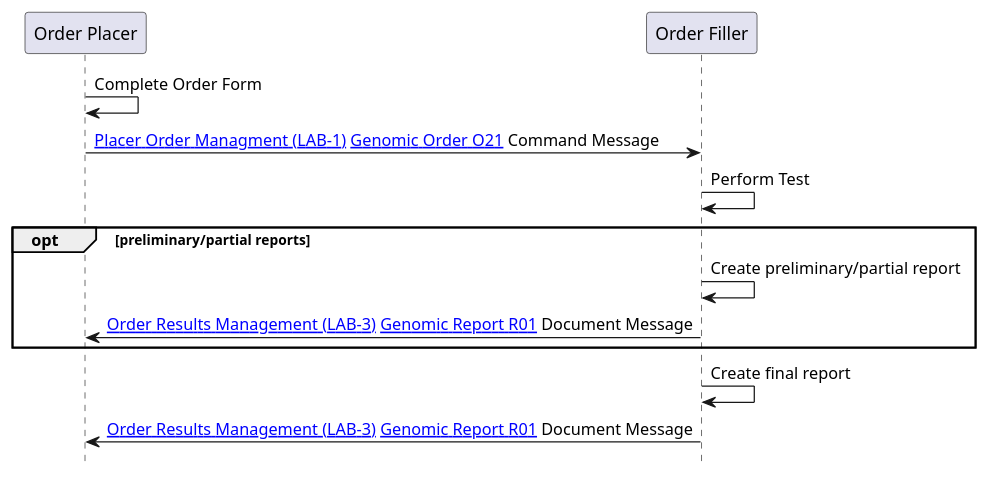
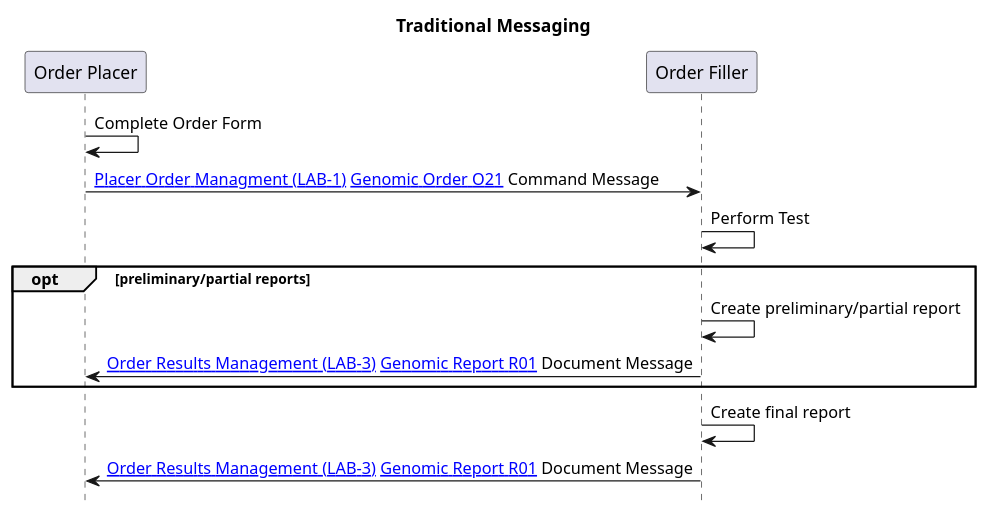
The diagram in input/images-source/LTW-now-sequence.plantuml (nw-gmsa/nw-gmsa.github.com), drawn with PlantUML before and after one commit. The commit also changed 4 other files, not shown here.

```diff
--- a/input/images-source/LTW-now-sequence.plantuml
+++ b/input/images-source/LTW-now-sequence.plantuml
@@ -1,20 +1,22 @@
 @startuml
 
 hide footbox
+
+title "Traditional Messaging"
 
 participant "Order Placer" as EPR
 participant "Order Filler" as LIMS
 
 
 EPR -> EPR: Complete Order Form
 EPR -> LIMS: [[LAB-1.html Placer Order Managment (LAB-1)]] [[DDD-TestOrder.html Genomic Order O21]] Command Message
 LIMS -> LIMS: Perform Test
 opt preliminary/partial reports
 LIMS -> LIMS: Create preliminary/partial report
 LIMS -> EPR: [[LAB-3.html Order Results Management (LAB-3)]] [[DDD-TestReport.html Genomic Report R01]] Document Message
 end
 LIMS -> LIMS: Create final report
 LIMS -> EPR: [[LAB-3.html Order Results Management (LAB-3)]] [[DDD-TestReport.html Genomic Report R01]] Document Message
 
 
 @enduml
```
